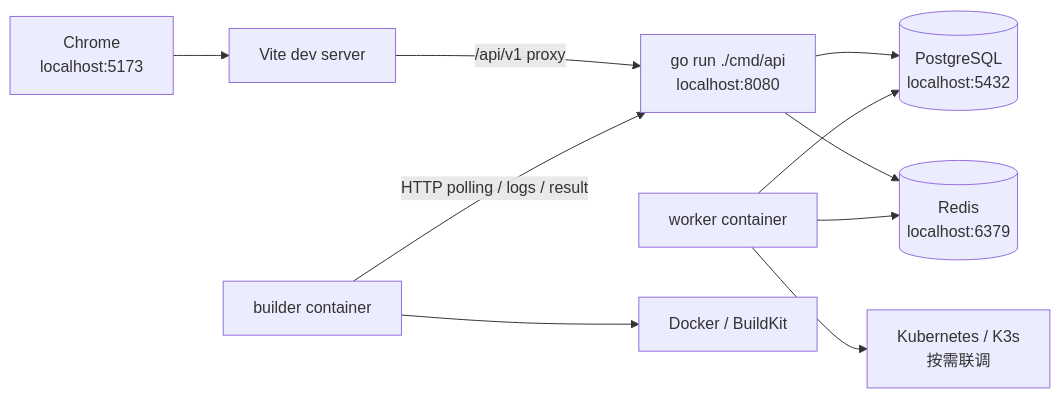
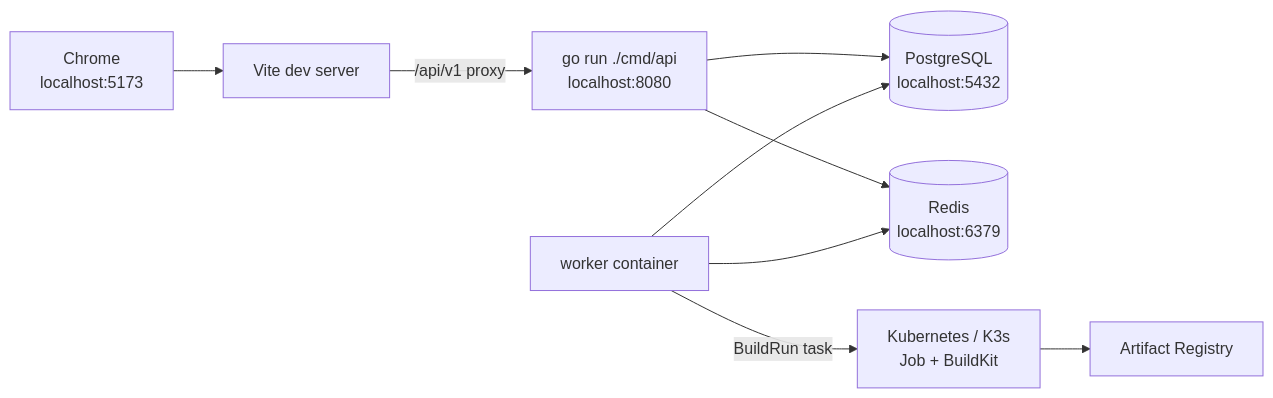
The diagram in README.md (LiteyukiStudio/devops), drawn with Mermaid before and after one commit. The commit also changed other lines of this file and 283 other files, not shown here.

````diff
--- a/README.md
+++ b/README.md
@@ -120,12 +123,11 @@
 ```mermaid
 flowchart LR
   Chrome["Chrome\nlocalhost:5173"] --> Vite["Vite dev server"]
   Vite -->|"/api/v1 proxy"| API["go run ./cmd/api\nlocalhost:8080"]
   API --> PG[("PostgreSQL\nlocalhost:5432")]
   API --> Redis[("Redis\nlocalhost:6379")]
   Worker["worker container"] --> PG
   Worker --> Redis
-  Builder["builder container"] -->|HTTP polling / logs / result| API
-  Builder --> Docker["Docker / BuildKit"]
-  Worker --> K8s["Kubernetes / K3s\n按需联调"]
+  Worker -->|BuildRun task| K8s["Kubernetes / K3s\nJob + BuildKit"]
+  K8s --> Registry["Artifact Registry"]
 ```
````
